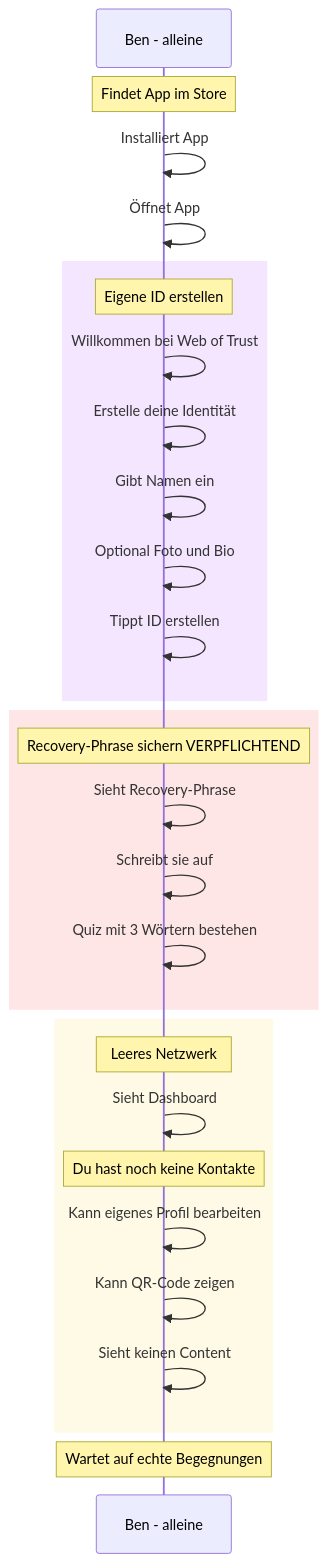
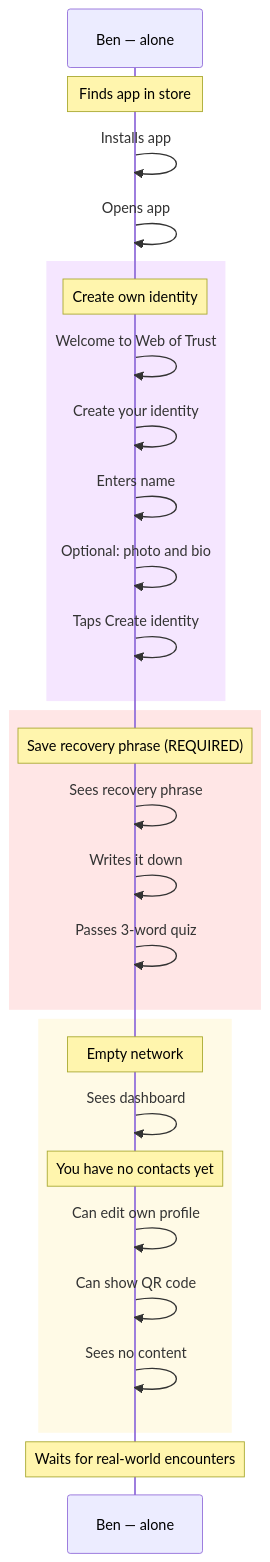
Before and after one commit to IT4Change/web-of-trust: the third of 6 diagrams in docs/flows/01-onboarding-user.md, drawn with Mermaid. The commit also changed other lines of this file and 6 other files, not shown here.

````diff
--- a/docs/flows/01-onboarding-user.md
+++ b/docs/flows/01-onboarding-user.md
@@ -91,36 +91,36 @@
 ```mermaid
 sequenceDiagram
-    participant B as Ben - alleine
+    participant B as Ben — alone
 
-    Note over B: Findet App im Store
+    Note over B: Finds app in store
 
-    B->>B: Installiert App
-    B->>B: Öffnet App
-    
+    B->>B: Installs app
+    B->>B: Opens app
+
     rect rgb(245, 230, 255)
-        Note over B: Eigene ID erstellen
-        B->>B: Willkommen bei Web of Trust
-        B->>B: Erstelle deine Identität
-        B->>B: Gibt Namen ein
-        B->>B: Optional Foto und Bio
-        B->>B: Tippt ID erstellen
+        Note over B: Create own identity
+        B->>B: Welcome to Web of Trust
+        B->>B: Create your identity
+        B->>B: Enters name
+        B->>B: Optional: photo and bio
+        B->>B: Taps Create identity
     end
 
     rect rgb(255, 230, 230)
-        Note over B: Recovery-Phrase sichern VERPFLICHTEND
-        B->>B: Sieht Recovery-Phrase
-        B->>B: Schreibt sie auf
-        B->>B: Quiz mit 3 Wörtern bestehen
+        Note over B: Save recovery phrase (REQUIRED)
+        B->>B: Sees recovery phrase
+        B->>B: Writes it down
+        B->>B: Passes 3-word quiz
     end
 
     rect rgb(255, 250, 230)
-        Note over B: Leeres Netzwerk
-        B->>B: Sieht Dashboard
-        Note over B: Du hast noch keine Kontakte
-        B->>B: Kann eigenes Profil bearbeiten
-        B->>B: Kann QR-Code zeigen
-        B->>B: Sieht keinen Content
+        Note over B: Empty network
+        B->>B: Sees dashboard
+        Note over B: You have no contacts yet
+        B->>B: Can edit own profile
+        B->>B: Can show QR code
+        B->>B: Sees no content
     end
 
-    Note over B: Wartet auf echte Begegnungen
+    Note over B: Waits for real-world encounters
 ```
````
